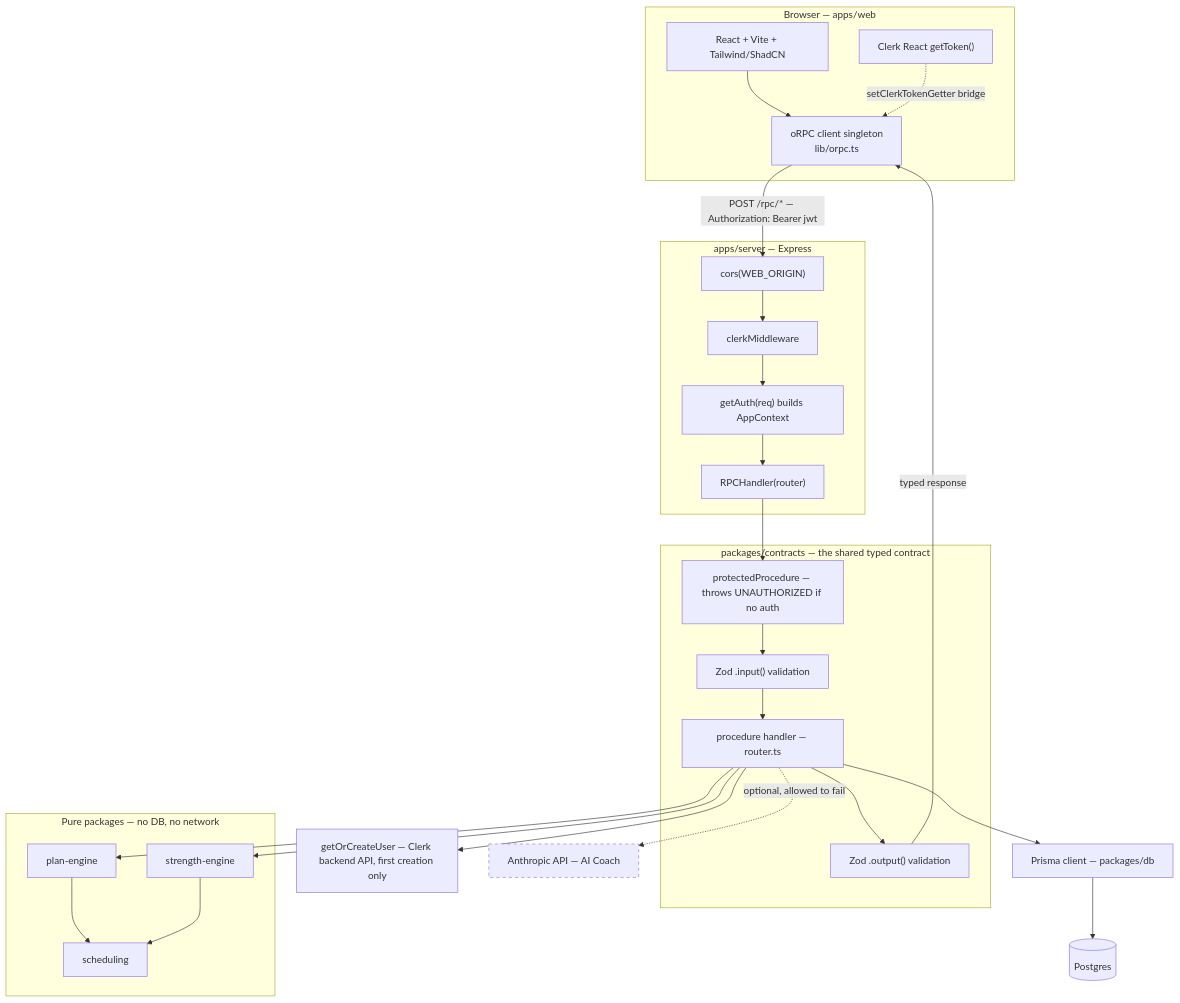
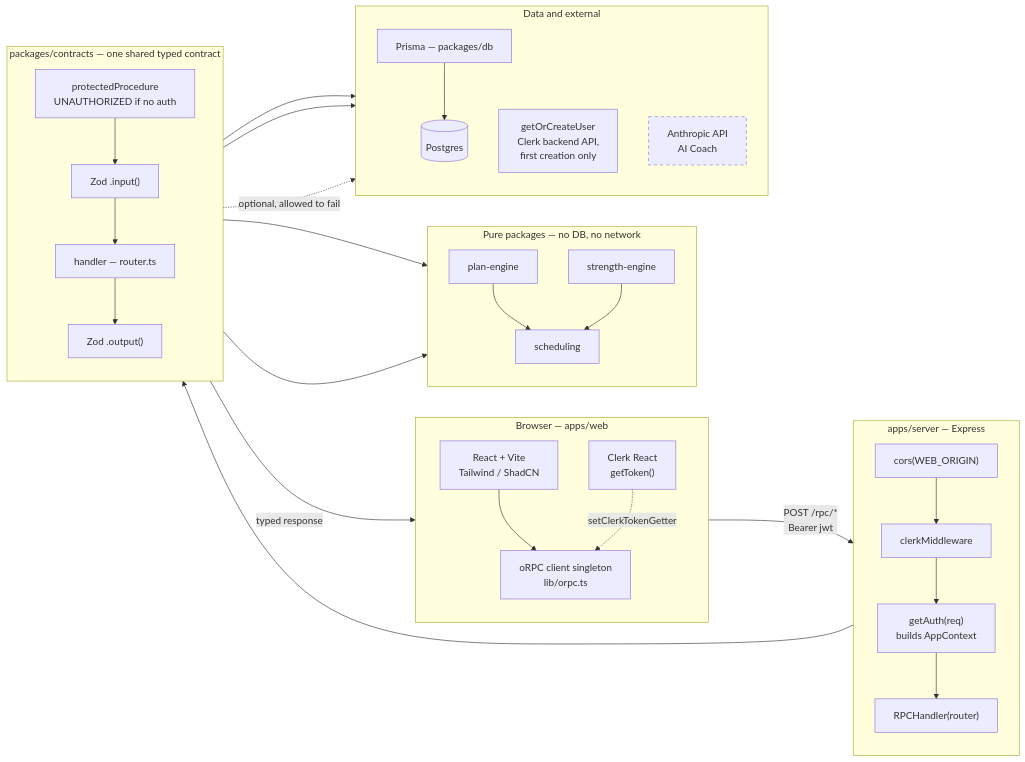
One commit to lizorsini54/firstloop-marathon-app changed the first of 2 diagrams in README.md. Above: the diagram before and after it, drawn with Mermaid.

Commit message:
docs: lay the request-flow diagram out left-to-right
The TD version rendered as a very tall column, which GitHub squeezes into a
short scroll frame. LR at the top level with TB inside each subgraph keeps the
same content readable at GitHub's default zoom.

````diff
--- a/README.md
+++ b/README.md
@@ -17,50 +17,59 @@
 ```mermaid
-flowchart TD
+flowchart LR
     subgraph browser["Browser — apps/web"]
-        UI["React + Vite + Tailwind/ShadCN"]
+        direction TB
+        UI["React + Vite<br/>Tailwind / ShadCN"]
+        CLERKJS["Clerk React<br/>getToken()"]
         CLIENT["oRPC client singleton<br/>lib/orpc.ts"]
-        CLERKJS["Clerk React getToken()"]
         UI --> CLIENT
-        CLERKJS -.->|"setClerkTokenGetter bridge"| CLIENT
+        CLERKJS -.->|"setClerkTokenGetter"| CLIENT
     end
 
-    CLIENT -->|"POST /rpc/* — Authorization: Bearer jwt"| CORS
-
     subgraph server["apps/server — Express"]
+        direction TB
         CORS["cors(WEB_ORIGIN)"]
         CLERKMW["clerkMiddleware"]
-        CTX["getAuth(req) builds AppContext"]
+        CTX["getAuth(req)<br/>builds AppContext"]
         HANDLER["RPCHandler(router)"]
         CORS --> CLERKMW --> CTX --> HANDLER
     end
 
-    subgraph contracts["packages/contracts — the shared typed contract"]
-        GUARD["protectedProcedure — throws UNAUTHORIZED if no auth"]
-        ZIN["Zod .input() validation"]
-        PROC["procedure handler — router.ts"]
-        ZOUT["Zod .output() validation"]
+    subgraph contracts["packages/contracts — one shared typed contract"]
+        direction TB
+        GUARD["protectedProcedure<br/>UNAUTHORIZED if no auth"]
+        ZIN["Zod .input()"]
+        PROC["handler — router.ts"]
+        ZOUT["Zod .output()"]
         GUARD --> ZIN --> PROC --> ZOUT
     end
 
-    HANDLER --> GUARD
-
     subgraph pure["Pure packages — no DB, no network"]
+        direction TB
         PLAN["plan-engine"]
         STR["strength-engine"]
         SCHED["scheduling"]
         PLAN --> SCHED
         STR --> SCHED
     end
 
+    subgraph data["Data and external"]
+        direction TB
+        PRISMA["Prisma — packages/db"]
+        PG[("Postgres")]
+        USERSYNC["getOrCreateUser<br/>Clerk backend API,<br/>first creation only"]
+        CLAUDE["Anthropic API<br/>AI Coach"]
+        PRISMA --> PG
+    end
+
+    CLIENT -->|"POST /rpc/*<br/>Bearer jwt"| CORS
+    HANDLER --> GUARD
     PROC --> PLAN
     PROC --> STR
-    PROC --> USERSYNC["getOrCreateUser — Clerk backend API, first creation only"]
-    PROC --> PRISMA["Prisma client — packages/db"]
-    PRISMA --> PG[("Postgres")]
-    PROC -.->|"optional, allowed to fail"| CLAUDE["Anthropic API — AI Coach"]
-
+    PROC --> PRISMA
+    PROC --> USERSYNC
+    PROC -.->|"optional, allowed to fail"| CLAUDE
     ZOUT -->|"typed response"| CLIENT
 
     classDef optional stroke-dasharray: 5 5
     class CLAUDE optional
 ```
````
